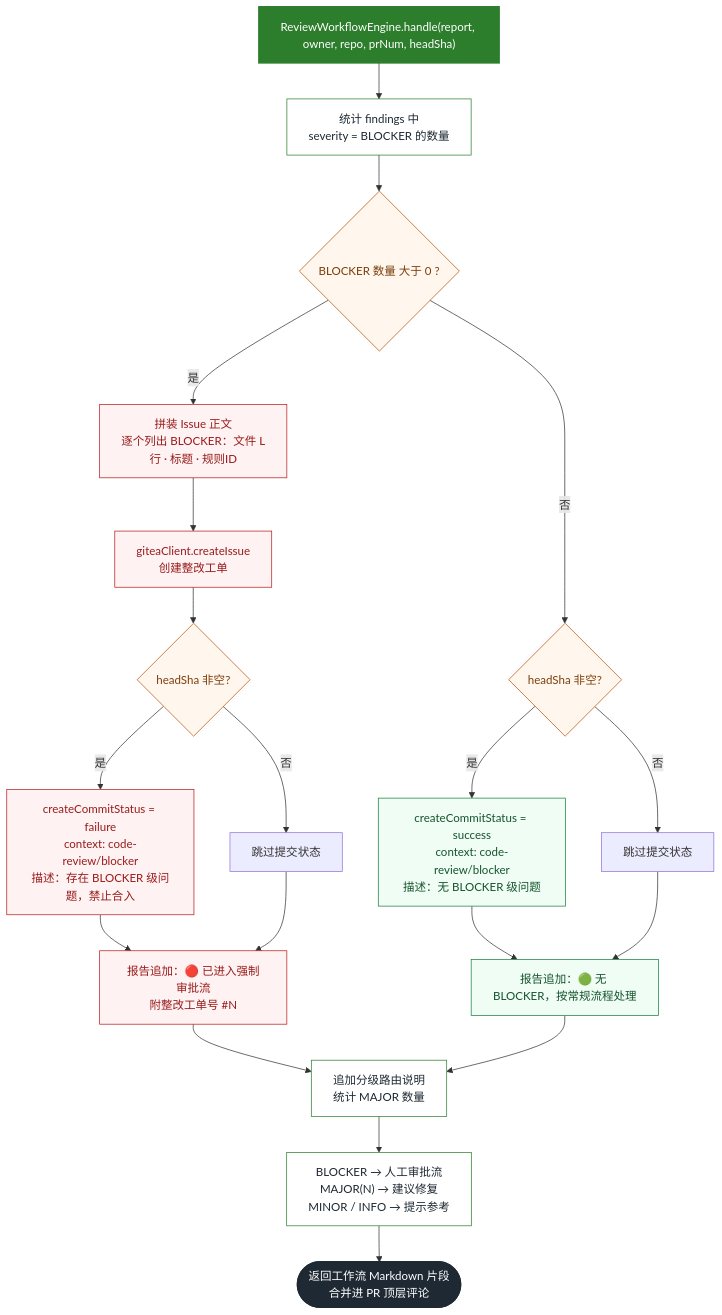
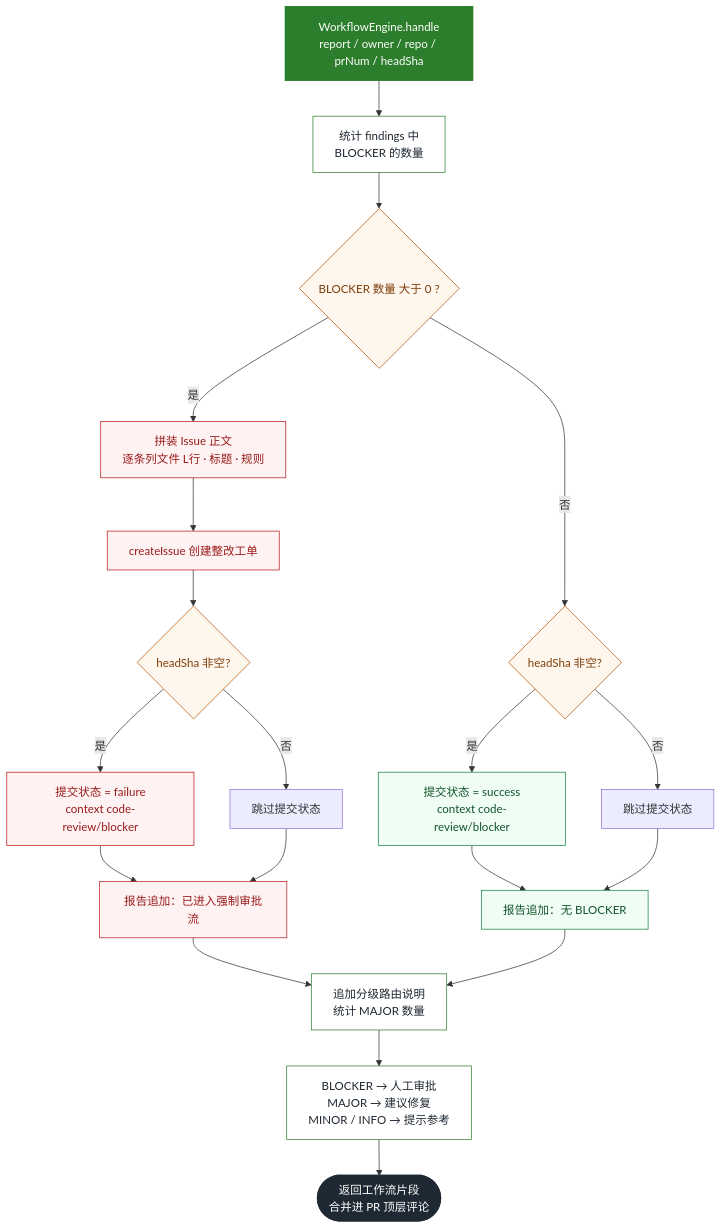
Before and after one commit to 13liyunfei/code-review-agent: the diagram in docs/diagrams/l5-workflow.mmd, drawn with Mermaid. The commit also changed 19 other files, not shown here.

First line of the commit message:
docs: 重排业务流程图集，修复内联 SVG 样式失效与文字溢出

```diff
--- a/docs/diagrams/l5-workflow.mmd
+++ b/docs/diagrams/l5-workflow.mmd
@@ -1,36 +1,36 @@
 flowchart TD
-    A["ReviewWorkflowEngine.handle(report, owner, repo, prNum, headSha)"] --> B["统计 findings 中<br/>severity = BLOCKER 的数量"]
+    A["WorkflowEngine.handle<br/>report / owner / repo / prNum / headSha"] --> B["统计 findings 中<br/>BLOCKER 的数量"]
 
     B --> C{"BLOCKER 数量 大于 0 ?"}
 
-    C -->|"是"| D1["拼装 Issue 正文<br/>逐个列出 BLOCKER：文件 L行 · 标题 · 规则ID"]
-    D1 --> D2["giteaClient.createIssue<br/>创建整改工单"]
+    C -->|"是"| D1["拼装 Issue 正文<br/>逐条列文件 L行 · 标题 · 规则"]
+    D1 --> D2["createIssue 创建整改工单"]
     D2 --> D3{"headSha 非空?"}
-    D3 -->|"是"| D4["createCommitStatus = failure<br/>context: code-review/blocker<br/>描述：存在 BLOCKER 级问题，禁止合入"]
+    D3 -->|"是"| D4["提交状态 = failure<br/>context code-review/blocker"]
     D3 -->|"否"| D5["跳过提交状态"]
-    D4 --> D6["报告追加：🔴 已进入强制审批流<br/>附整改工单号 #N"]
+    D4 --> D6["报告追加：已进入强制审批流"]
     D5 --> D6
 
     C -->|"否"| E1{"headSha 非空?"}
-    E1 -->|"是"| E2["createCommitStatus = success<br/>context: code-review/blocker<br/>描述：无 BLOCKER 级问题"]
+    E1 -->|"是"| E2["提交状态 = success<br/>context code-review/blocker"]
     E1 -->|"否"| E3["跳过提交状态"]
-    E2 --> E4["报告追加：🟢 无 BLOCKER，按常规流程处理"]
+    E2 --> E4["报告追加：无 BLOCKER"]
     E3 --> E4
 
     D6 --> F["追加分级路由说明<br/>统计 MAJOR 数量"]
     E4 --> F
-    F --> F1["BLOCKER → 人工审批流<br/>MAJOR(N) → 建议修复<br/>MINOR / INFO → 提示参考"]
-    F1 --> G(["返回工作流 Markdown 片段<br/>合并进 PR 顶层评论"])
+    F --> F1["BLOCKER → 人工审批<br/>MAJOR → 建议修复<br/>MINOR / INFO → 提示参考"]
+    F1 --> G(["返回工作流片段<br/>合并进 PR 顶层评论"])
 
     classDef start fill:#2c7d2c,stroke:#2c7d2c,stroke-width:2px,color:#fff;
     classDef endn fill:#1f2933,stroke:#1f2933,stroke-width:2px,color:#fff;
     classDef proc fill:#FFFFFF,stroke:#2c7d2c,stroke-width:1px,color:#1f2933;
     classDef dec fill:#FFF7ED,stroke:#b45309,stroke-width:1px,color:#7c3d0b;
     classDef bad fill:#FEF2F2,stroke:#b91c1c,stroke-width:1px,color:#991b1b;
     classDef good fill:#F0FDF4,stroke:#15803d,stroke-width:1px,color:#14532d;
     class A start;
     class G endn;
     class B,F,F1 proc;
     class C,D3,E1 dec;
     class D1,D2,D4,D6 bad;
     class E2,E4 good;
```
